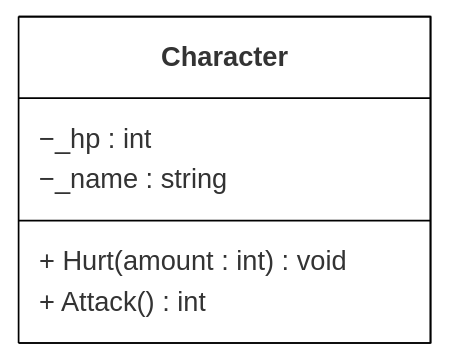
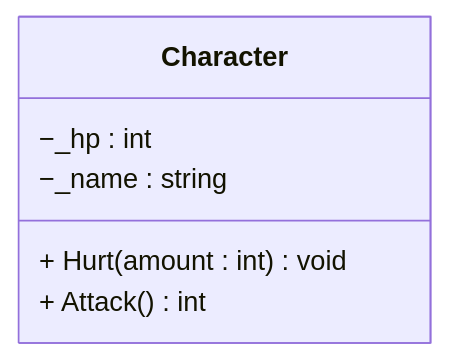
The diagram in docs/code-examples.md (krank/MkdocsTest), drawn with Mermaid before and after one commit. The commit also changed other lines of this file, not shown here.

````diff
--- a/docs/code-examples.md
+++ b/docs/code-examples.md
@@ -1,14 +4,9 @@
 ```mermaid
-%%{init: {'theme': 'base', 'themeVariables': 
-{ 'primaryBorderColor': 'black', 
-'primaryColor': 'white'
-}}}%%
-
 classDiagram
   class Character{
         −_hp : int
         −_name : string 
         +  Hurt(amount : int) void
         + Attack() int
   }
 ```
````
